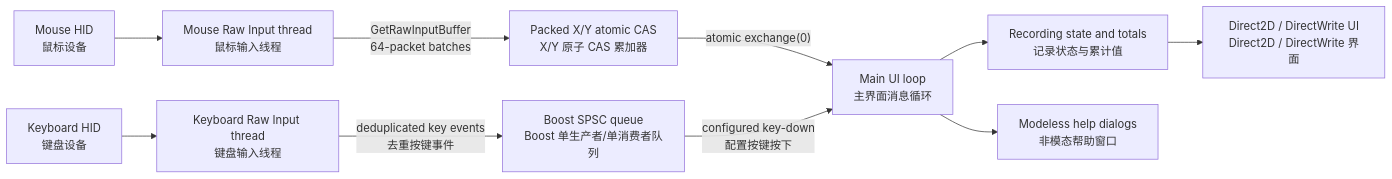
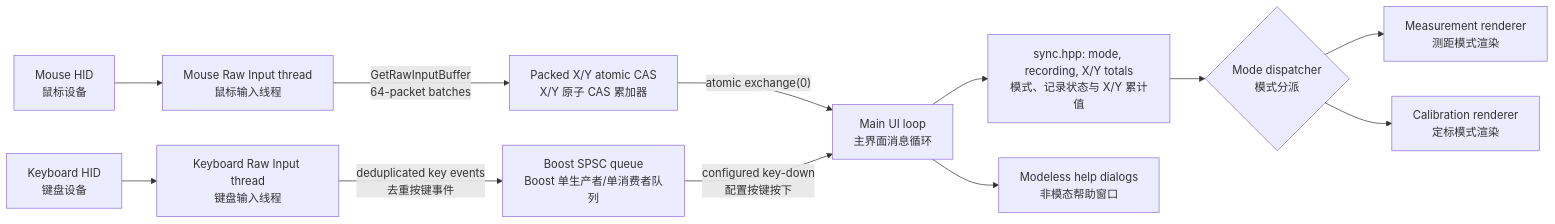
One commit to wozuobuchu/WinMouseSensConverter changed the diagram in README.md. Above: the diagram before and after it, drawn with Mermaid. The commit also changed other lines of this file and 13 other files, not shown here.

Commit message:
feat: Calibration Mode

````diff
--- a/README.md
+++ b/README.md
@@ -181,14 +211,16 @@
 ```mermaid
 flowchart LR
     HIDM["Mouse HID<br/>鼠标设备"] --> MT["Mouse Raw Input thread<br/>鼠标输入线程"]
     MT -->|"GetRawInputBuffer<br/>64-packet batches"| CAS["Packed X/Y atomic CAS<br/>X/Y 原子 CAS 累加器"]
     CAS -->|"atomic exchange(0)"| ML["Main UI loop<br/>主界面消息循环"]
 
     HIDK["Keyboard HID<br/>键盘设备"] --> KT["Keyboard Raw Input thread<br/>键盘输入线程"]
     KT -->|"deduplicated key events<br/>去重按键事件"| Q["Boost SPSC queue<br/>Boost 单生产者/单消费者队列"]
     Q -->|"configured key-down<br/>配置按键按下"| ML
 
-    ML --> RS["Recording state and totals<br/>记录状态与累计值"]
-    RS --> UI["Direct2D / DirectWrite UI<br/>Direct2D / DirectWrite 界面"]
+    ML --> RS["sync.hpp: mode, recording, X/Y totals<br/>模式、记录状态与 X/Y 累计值"]
+    RS --> MD{"Mode dispatcher<br/>模式分派"}
+    MD --> MUI["Measurement renderer<br/>测距模式渲染"]
+    MD --> CUI["Calibration renderer<br/>定标模式渲染"]
     ML --> DLG["Modeless help dialogs<br/>非模态帮助窗口"]
 ```
````
